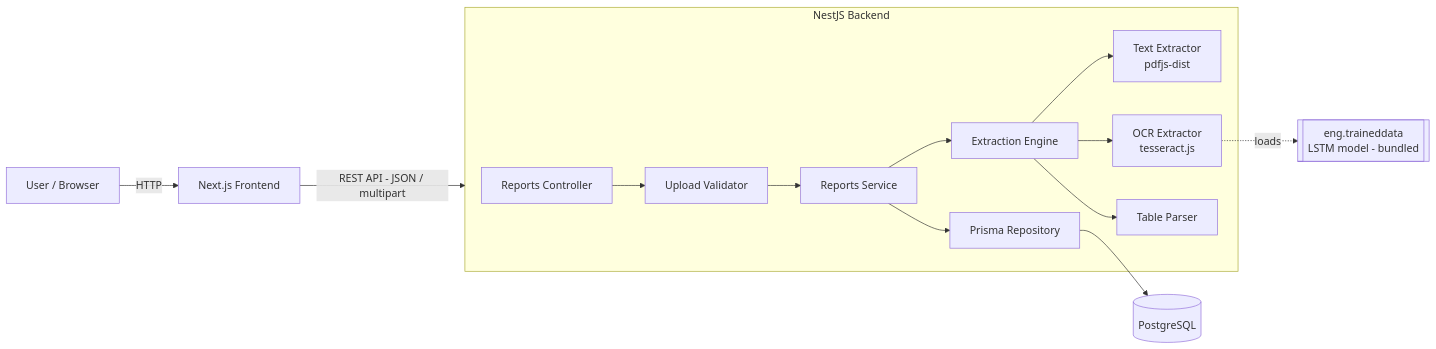
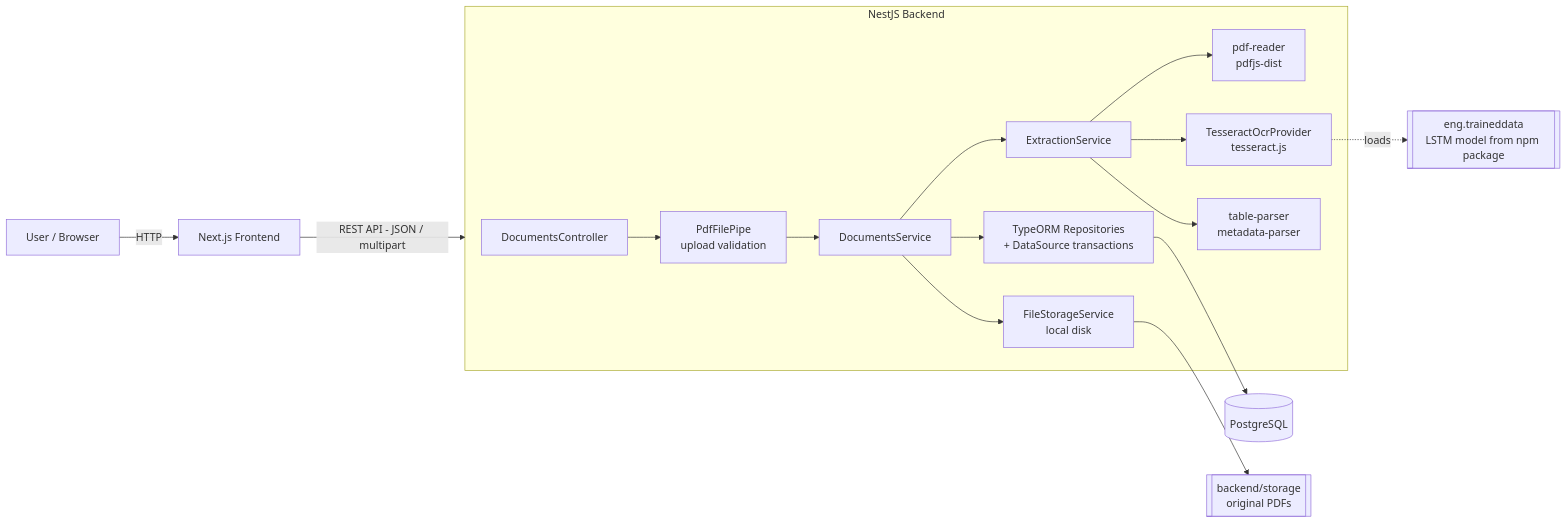
Before and after one commit to dipakmahajan01/-pdf-report-extractor: the first of 5 diagrams in docs/HLD.md, drawn with Mermaid. The commit also changed other lines of this file, not shown here.

````diff
--- a/docs/HLD.md
+++ b/docs/HLD.md
@@ -53,18 +50,20 @@
 ```mermaid
 flowchart LR
     U[User / Browser] -->|HTTP| FE[Next.js Frontend]
-    FE -->|REST API - JSON / multipart| BE[NestJS Backend]
+    FE -->|REST API - JSON / multipart| BE
 
     subgraph BE[NestJS Backend]
-        C[Reports Controller] --> V[Upload Validator]
-        V --> S[Reports Service]
-        S --> EX[Extraction Engine]
-        EX --> TX[Text Extractor<br/>pdfjs-dist]
-        EX --> OCR[OCR Extractor<br/>tesseract.js]
-        EX --> P[Table Parser]
-        S --> R[Prisma Repository]
+        C[DocumentsController] --> V[PdfFilePipe<br/>upload validation]
+        V --> S[DocumentsService]
+        S --> FS[FileStorageService<br/>local disk]
+        S --> EX[ExtractionService]
+        EX --> TX[pdf-reader<br/>pdfjs-dist]
+        EX --> OCR[TesseractOcrProvider<br/>tesseract.js]
+        EX --> P[table-parser<br/>metadata-parser]
+        S --> R[TypeORM Repositories<br/>+ DataSource transactions]
     end
 
     R --> DB[(PostgreSQL)]
-    OCR -.loads.-> M[[eng.traineddata<br/>LSTM model - bundled]]
+    FS --> DISK[[backend/storage<br/>original PDFs]]
+    OCR -.loads.-> M[[eng.traineddata<br/>LSTM model from npm package]]
 ```
````
